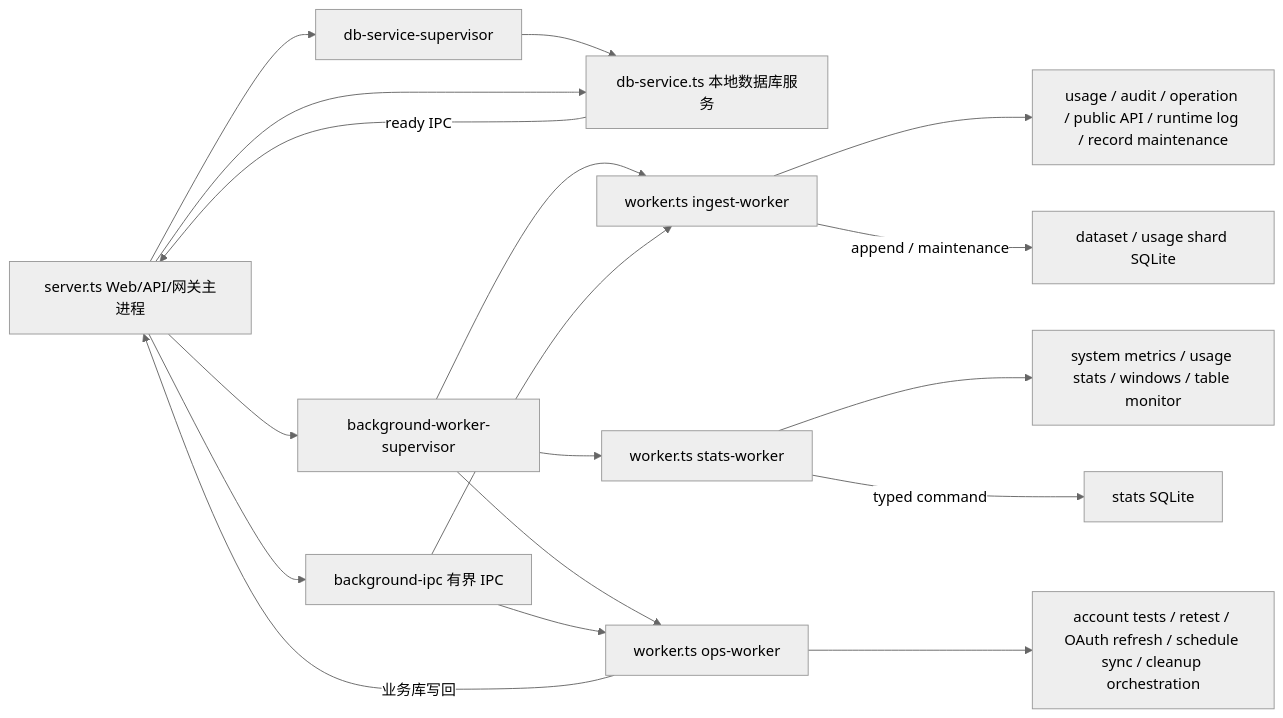
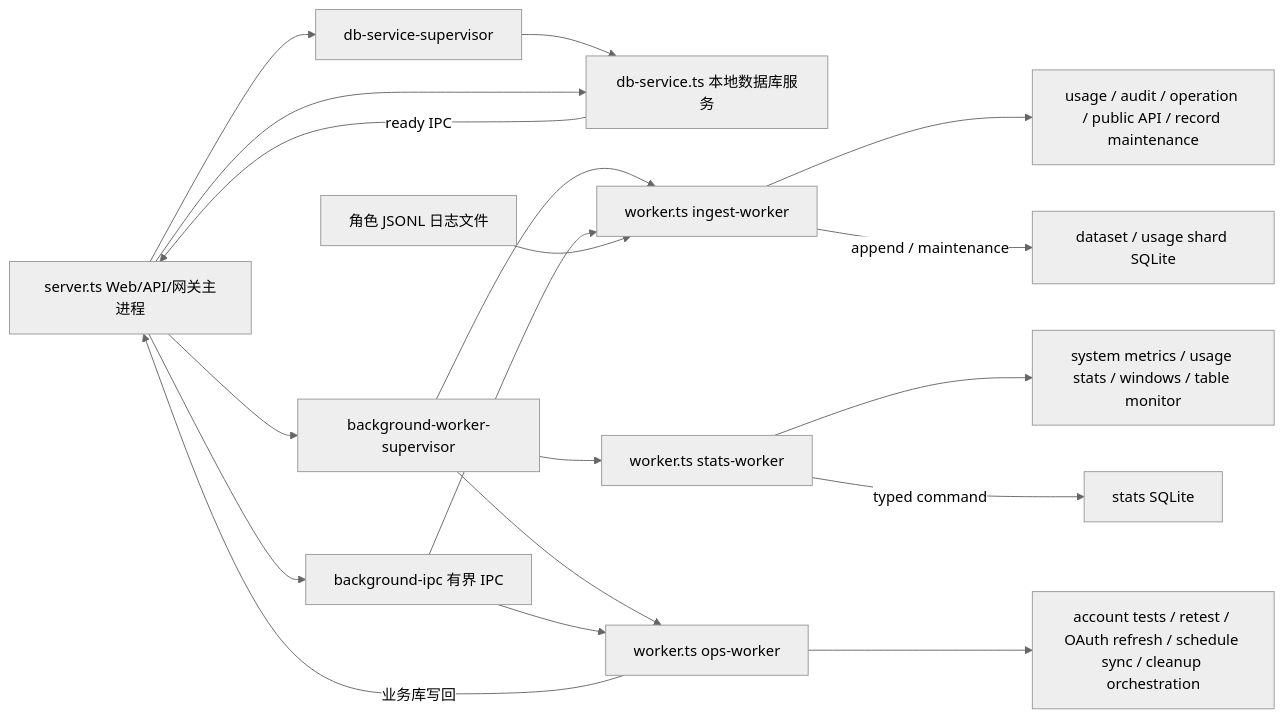
One commit to huanmin123/juhe-ai changed the diagram in docs/architecture/backend/后台任务使用说明.md. Above: the diagram before and after it, drawn with Mermaid (neutral theme). The commit also changed other lines of this file and 48 other files, not shown here.

Commit message:
refactor(runtime-logs): consume durable log files only

````diff
--- a/docs/architecture/backend/后台任务使用说明.md
+++ b/docs/architecture/backend/后台任务使用说明.md
@@ -18,20 +18,21 @@
 ```mermaid
 flowchart LR
   Server["server.ts Web/API/网关主进程"] --> DbSupervisor["db-service-supervisor"]
   DbSupervisor --> DbService["db-service.ts 本地数据库服务"]
   DbService -- "ready IPC" --> Server
   Server --> Supervisor["background-worker-supervisor"]
   Supervisor --> Ingest["worker.ts ingest-worker"]
   Supervisor --> Stats["worker.ts stats-worker"]
   Supervisor --> Ops["worker.ts ops-worker"]
   Server --> IPC["background-ipc 有界 IPC"]
   IPC --> Ingest
   IPC --> Ops
-  Ingest --> IngestQueues["usage / audit / operation / public API / runtime log / record maintenance"]
+  Ingest --> IngestQueues["usage / audit / operation / public API / record maintenance"]
+  LogFiles["角色 JSONL 日志文件"] --> Ingest
   Stats --> StatsJobs["system metrics / usage stats / windows / table monitor"]
   Ops --> OpsJobs["account tests / retest / OAuth refresh / schedule sync / cleanup orchestration"]
   Stats -- "typed command" --> StatsSQLite["stats SQLite"]
   Ingest -- "append / maintenance" --> DatasetSQLite["dataset / usage shard SQLite"]
   Ops -- "业务库写回" --> Server
   Server --> DbService
 ```
````
